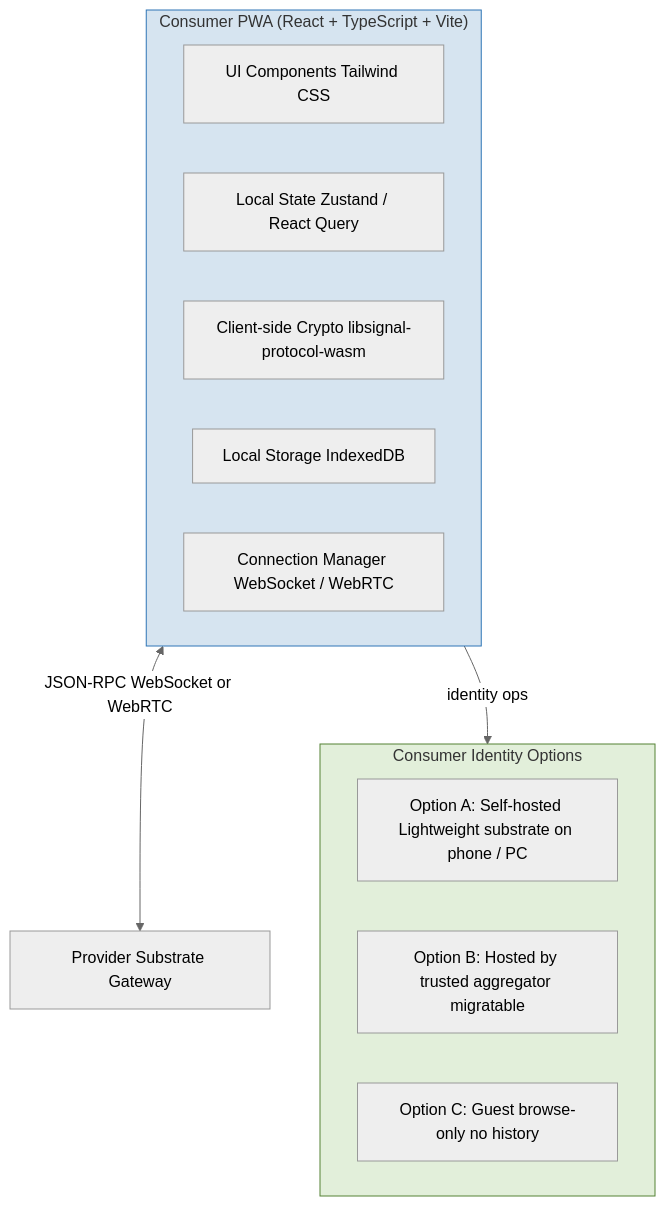
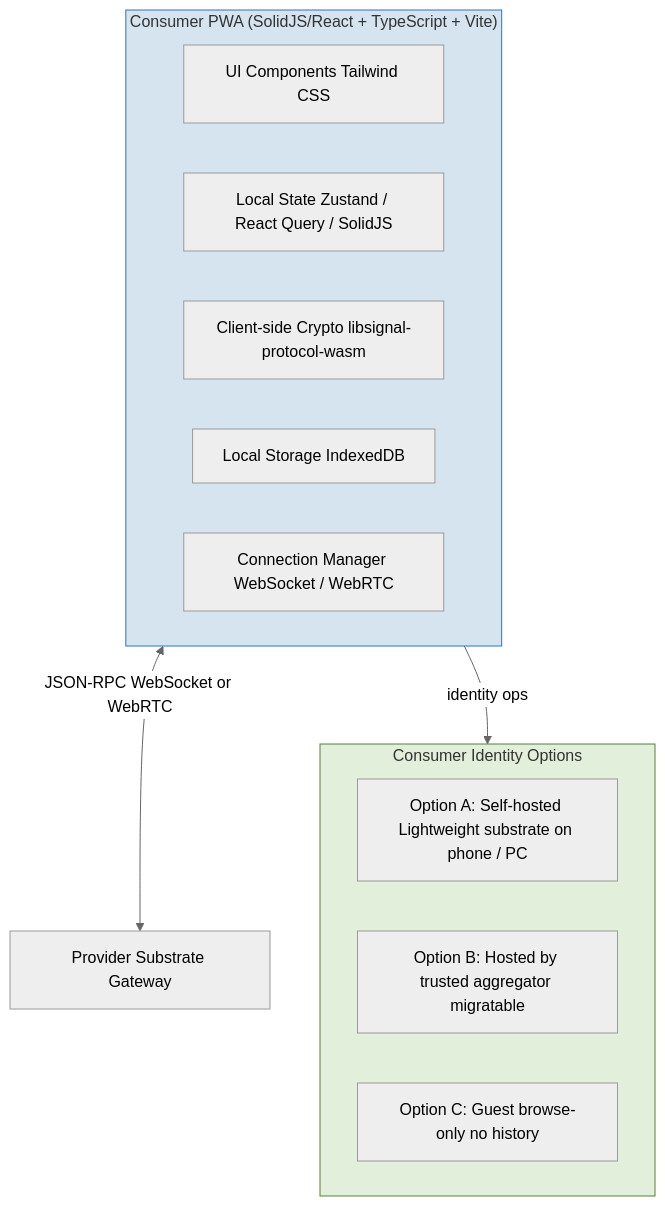
Before and after one commit to syneroym/syneroym: diagram 19 of 21 in docs/architecture.md, drawn with Mermaid (neutral theme). The commit also changed other lines of this file, not shown here.

````diff
--- a/docs/architecture.md
+++ b/docs/architecture.md
@@ -820,22 +826,22 @@
 ```mermaid
 flowchart TD
-    subgraph PWA["Consumer PWA (React + TypeScript + Vite)"]
+    subgraph PWA["Consumer PWA (SolidJS/React + TypeScript + Vite)"]
         UI[UI Components Tailwind CSS]
-        STATE[Local State Zustand / React Query]
+        STATE[Local State Zustand / React Query / SolidJS]
         CRYPTO_CLIENT[Client-side Crypto libsignal-protocol-wasm]
         STORAGE_CLIENT[Local Storage IndexedDB]
         CONN[Connection Manager WebSocket / WebRTC]
     end
 
     subgraph IDENTITY_OPT["Consumer Identity Options"]
         OPT_A[Option A: Self-hosted Lightweight substrate on phone / PC]
         OPT_B[Option B: Hosted by trusted aggregator migratable]
         OPT_C[Option C: Guest browse-only no history]
     end
 
     PWA <-->|"JSON-RPC WebSocket or WebRTC"| PROVIDER_GW[Provider Substrate Gateway]
     PWA -->|"identity ops"| IDENTITY_OPT
 
     style PWA fill:#D6E4F0,stroke:#2E75B6
     style IDENTITY_OPT fill:#E2EFDA,stroke:#548235
 ```
````
